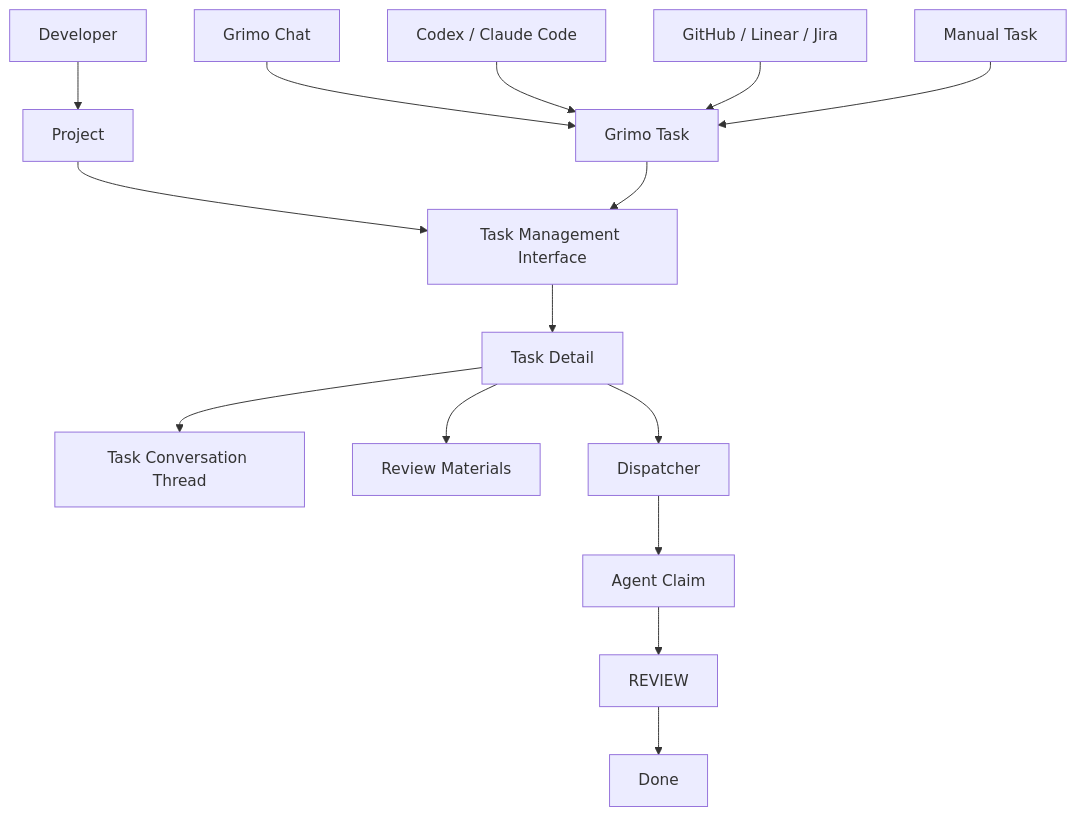
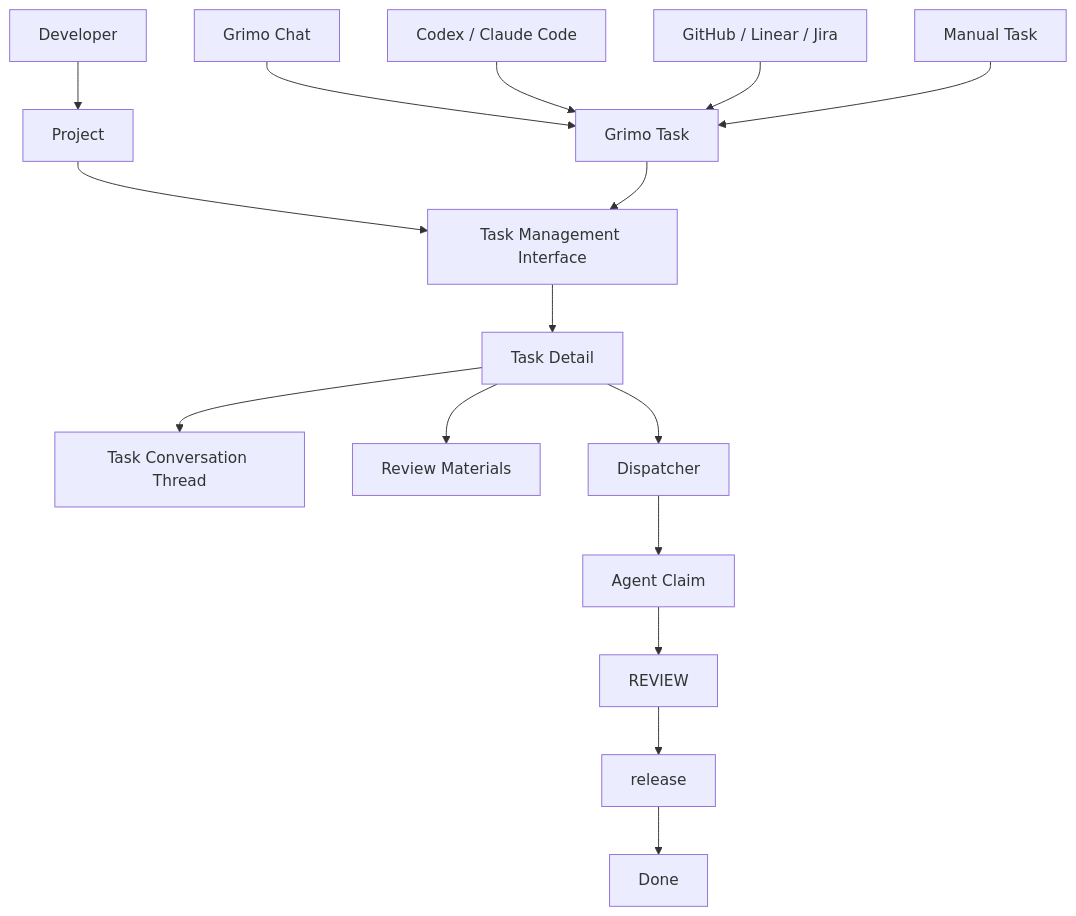
Before and after one commit to samzhu/grimoAPP: the first of 14 diagrams in docs/grimo/PRD.md, drawn with Mermaid. The commit also changed other lines of this file and 29 other files, not shown here.

````diff
--- a/docs/grimo/PRD.md
+++ b/docs/grimo/PRD.md
@@ -19,19 +19,20 @@
 ```mermaid
 flowchart TD
   User["Developer"] --> Project["Project"]
   Project --> Workbench["Task Management Interface"]
 
   Chat["Grimo Chat"] --> Task["Grimo Task"]
   Codex["Codex / Claude Code"] --> Task
   Issue["GitHub / Linear / Jira"] --> Task
   Manual["Manual Task"] --> Task
 
   Task --> Workbench
   Workbench --> Detail["Task Detail"]
   Detail --> Thread["Task Conversation Thread"]
   Detail --> Evidence["Review Materials"]
   Detail --> Dispatch["Dispatcher"]
   Dispatch --> Agent["Agent Claim"]
   Agent --> Review["REVIEW"]
-  Review --> Done["Done"]
+  Review --> Release["release"]
+  Release --> Done["Done"]
 ```
````
